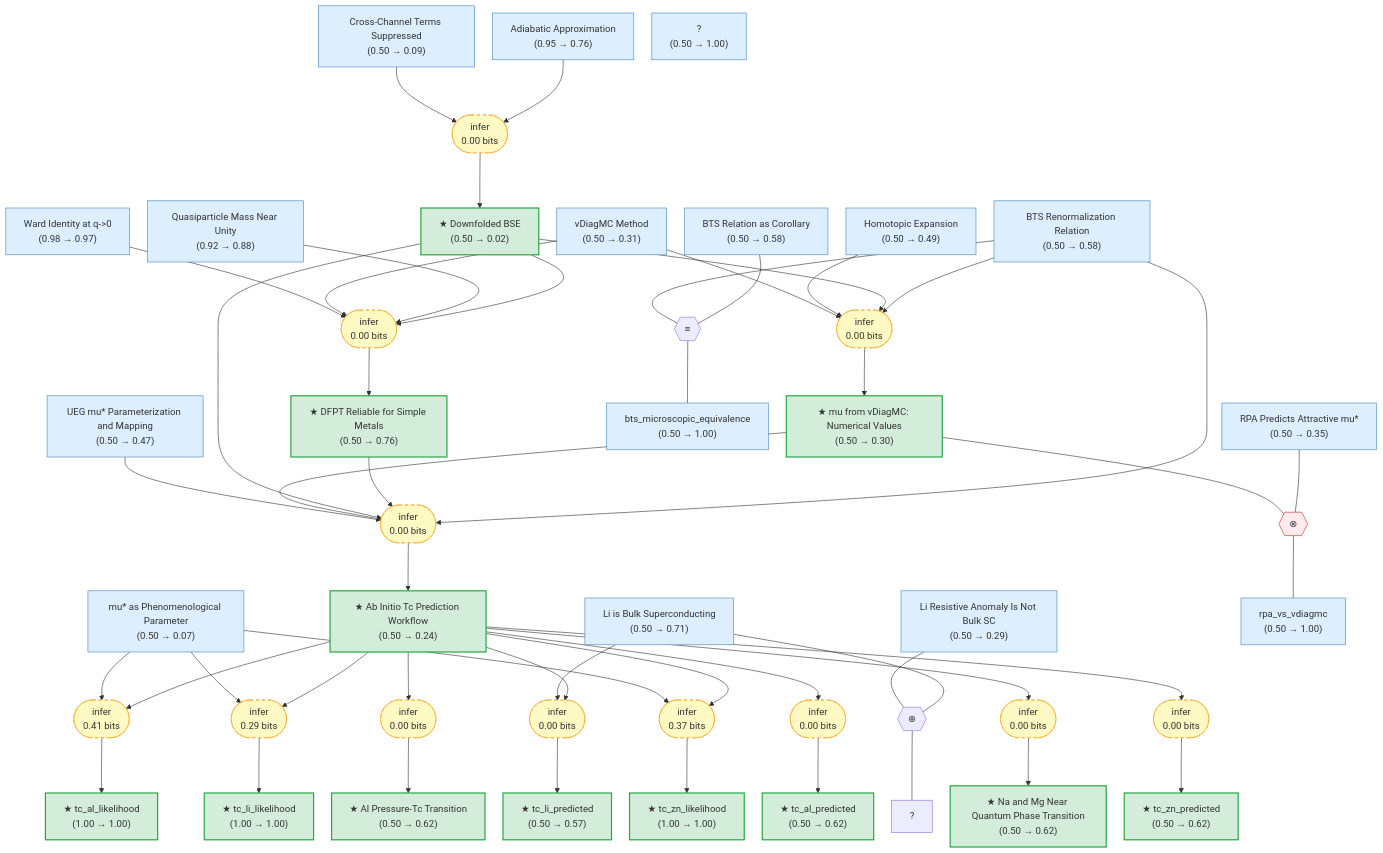
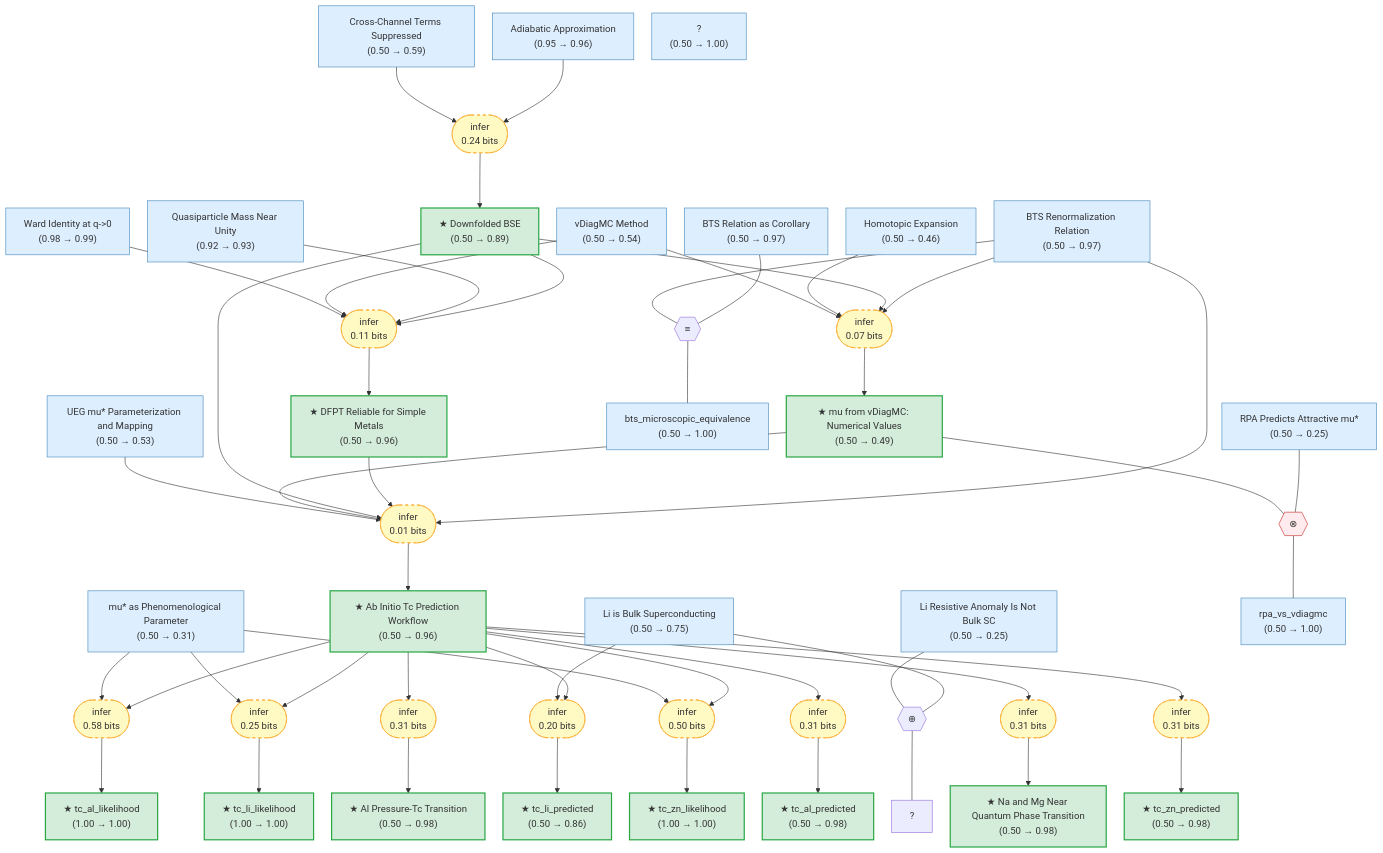
Before and after one commit to kunyuan/SuperconductivityElectronLiquids.gaia: the diagram in .github-output/README.md, drawn with Mermaid. The commit also changed other lines of this file and 21 other files, not shown here.

```diff
--- a/.github-output/README.md
+++ b/.github-output/README.md
@@ -20,80 +20,80 @@
     nodeSpacing: 30
 ---
 graph TB
-    adiabatic_approx["Adiabatic Approximation\n(0.95 → 0.76)"]:::premise
-    bts_renormalization["BTS Renormalization Relation\n(0.50 → 0.58)"]:::premise
-    mu_star_phenomenological["mu#ast; as Phenomenological Parameter\n(0.50 → 0.07)"]:::premise
-    li_is_superconducting["Li is Bulk Superconducting\n(0.50 → 0.71)"]:::premise
-    cross_term_suppressed["Cross-Channel Terms Suppressed\n(0.50 → 0.09)"]:::premise
-    downfolded_bse["★ Downfolded BSE\n(0.50 → 0.02)"]:::exported
-    vdiagmc_method["vDiagMC Method\n(0.50 → 0.31)"]:::premise
-    homotopic_expansion["Homotopic Expansion\n(0.50 → 0.49)"]:::premise
-    mu_vdiagmc_values["★ mu from vDiagMC: Numerical Values\n(0.50 → 0.30)"]:::exported
-    ward_identity["Ward Identity at q->0\n(0.98 → 0.97)"]:::premise
-    quasiparticle_mass_near_unity["Quasiparticle Mass Near Unity\n(0.92 → 0.88)"]:::premise
-    dfpt_reliable_for_simple_metals["★ DFPT Reliable for Simple Metals\n(0.50 → 0.76)"]:::exported
-    ueg_pseudopotential_parameterization["UEG mu#ast; Parameterization and Mapping\n(0.50 → 0.47)"]:::premise
-    ab_initio_workflow["★ Ab Initio Tc Prediction Workflow\n(0.50 → 0.24)"]:::exported
-    al_pressure_transition["★ Al Pressure-Tc Transition\n(0.50 → 0.62)"]:::exported
-    tc_mg_na_near_qpt["★ Na and Mg Near Quantum Phase Transition\n(0.50 → 0.62)"]:::exported
-    tc_al_predicted["★ tc_al_predicted\n(0.50 → 0.62)"]:::exported
+    adiabatic_approx["Adiabatic Approximation\n(0.95 → 0.96)"]:::premise
+    bts_renormalization["BTS Renormalization Relation\n(0.50 → 0.97)"]:::premise
+    mu_star_phenomenological["mu#ast; as Phenomenological Parameter\n(0.50 → 0.31)"]:::premise
+    li_is_superconducting["Li is Bulk Superconducting\n(0.50 → 0.75)"]:::premise
+    cross_term_suppressed["Cross-Channel Terms Suppressed\n(0.50 → 0.59)"]:::premise
+    downfolded_bse["★ Downfolded BSE\n(0.50 → 0.89)"]:::exported
+    vdiagmc_method["vDiagMC Method\n(0.50 → 0.54)"]:::premise
+    homotopic_expansion["Homotopic Expansion\n(0.50 → 0.46)"]:::premise
+    mu_vdiagmc_values["★ mu from vDiagMC: Numerical Values\n(0.50 → 0.49)"]:::exported
+    ward_identity["Ward Identity at q->0\n(0.98 → 0.99)"]:::premise
+    quasiparticle_mass_near_unity["Quasiparticle Mass Near Unity\n(0.92 → 0.93)"]:::premise
+    dfpt_reliable_for_simple_metals["★ DFPT Reliable for Simple Metals\n(0.50 → 0.96)"]:::exported
+    ueg_pseudopotential_parameterization["UEG mu#ast; Parameterization and Mapping\n(0.50 → 0.53)"]:::premise
+    ab_initio_workflow["★ Ab Initio Tc Prediction Workflow\n(0.50 → 0.96)"]:::exported
+    al_pressure_transition["★ Al Pressure-Tc Transition\n(0.50 → 0.98)"]:::exported
+    tc_mg_na_near_qpt["★ Na and Mg Near Quantum Phase Transition\n(0.50 → 0.98)"]:::exported
+    tc_al_predicted["★ tc_al_predicted\n(0.50 → 0.98)"]:::exported
     tc_al_likelihood["★ tc_al_likelihood\n(1.00 → 1.00)"]:::exported
-    tc_zn_predicted["★ tc_zn_predicted\n(0.50 → 0.62)"]:::exported
+    tc_zn_predicted["★ tc_zn_predicted\n(0.50 → 0.98)"]:::exported
     tc_zn_likelihood["★ tc_zn_likelihood\n(1.00 → 1.00)"]:::exported
-    tc_li_predicted["★ tc_li_predicted\n(0.50 → 0.57)"]:::exported
+    tc_li_predicted["★ tc_li_predicted\n(0.50 → 0.86)"]:::exported
     tc_li_likelihood["★ tc_li_likelihood\n(1.00 → 1.00)"]:::exported
+    li_anomaly_not_sc["Li Resistive Anomaly Is Not Bulk SC\n(0.50 → 0.25)"]:::premise
     x["?\n(0.50 → 1.00)"]:::premise
-    li_anomaly_not_sc["Li Resistive Anomaly Is Not Bulk SC\n(0.50 → 0.29)"]:::premise
     bts_microscopic_equivalence["bts_microscopic_equivalence\n(0.50 → 1.00)"]:::premise
-    mu_scale_independence["BTS Relation as Corollary\n(0.50 → 0.58)"]:::premise
-    rpa_predicts_attractive_mu["RPA Predicts Attractive mu#ast;\n(0.50 → 0.35)"]:::premise
+    mu_scale_independence["BTS Relation as Corollary\n(0.50 → 0.97)"]:::premise
+    rpa_predicts_attractive_mu["RPA Predicts Attractive mu#ast;\n(0.50 → 0.25)"]:::premise
     rpa_vs_vdiagmc["rpa_vs_vdiagmc\n(0.50 → 1.00)"]:::premise
-    strat_0(["infer\n0.00 bits"]):::weak
+    strat_0(["infer\n0.31 bits"]):::weak
     ab_initio_workflow --> strat_0
     strat_0 --> al_pressure_transition
-    strat_1(["infer\n0.41 bits"]):::weak
+    strat_1(["infer\n0.58 bits"]):::weak
     ab_initio_workflow --> strat_1
     mu_star_phenomenological --> strat_1
     strat_1 --> tc_al_likelihood
-    strat_2(["infer\n0.00 bits"]):::weak
+    strat_2(["infer\n0.31 bits"]):::weak
     ab_initio_workflow --> strat_2
     strat_2 --> tc_al_predicted
-    strat_3(["infer\n0.29 bits"]):::weak
+    strat_3(["infer\n0.25 bits"]):::weak
     ab_initio_workflow --> strat_3
     mu_star_phenomenological --> strat_3
     strat_3 --> tc_li_likelihood
-    strat_4(["infer\n0.00 bits"]):::weak
+    strat_4(["infer\n0.20 bits"]):::weak
     ab_initio_workflow --> strat_4
     li_is_superconducting --> strat_4
     strat_4 --> tc_li_predicted
-    strat_5(["infer\n0.00 bits"]):::weak
+    strat_5(["infer\n0.31 bits"]):::weak
     ab_initio_workflow --> strat_5
     strat_5 --> tc_mg_na_near_qpt
-    strat_6(["infer\n0.37 bits"]):::weak
+    strat_6(["infer\n0.50 bits"]):::weak
     ab_initio_workflow --> strat_6
     mu_star_phenomenological --> strat_6
     strat_6 --> tc_zn_likelihood
-    strat_7(["infer\n0.00 bits"]):::weak
+    strat_7(["infer\n0.31 bits"]):::weak
     ab_initio_workflow --> strat_7
     strat_7 --> tc_zn_predicted
-    strat_8(["infer\n0.00 bits"]):::weak
+    strat_8(["infer\n0.24 bits"]):::weak
     adiabatic_approx --> strat_8
     cross_term_suppressed --> strat_8
     strat_8 --> downfolded_bse
-    strat_9(["infer\n0.00 bits"]):::weak
+    strat_9(["infer\n0.01 bits"]):::weak
     bts_renormalization --> strat_9
     dfpt_reliable_for_simple_metals --> strat_9
     downfolded_bse --> strat_9
     mu_vdiagmc_values --> strat_9
     ueg_pseudopotential_parameterization --> strat_9
     strat_9 --> ab_initio_workflow
-    strat_10(["infer\n0.00 bits"]):::weak
+    strat_10(["infer\n0.07 bits"]):::weak
     bts_renormalization --> strat_10
     downfolded_bse --> strat_10
     homotopic_expansion --> strat_10
     vdiagmc_method --> strat_10
     strat_10 --> mu_vdiagmc_values
-    strat_11(["infer\n0.00 bits"]):::weak
+    strat_11(["infer\n0.11 bits"]):::weak
     downfolded_bse --> strat_11
     quasiparticle_mass_near_unity --> strat_11
     vdiagmc_method --> strat_11
```
